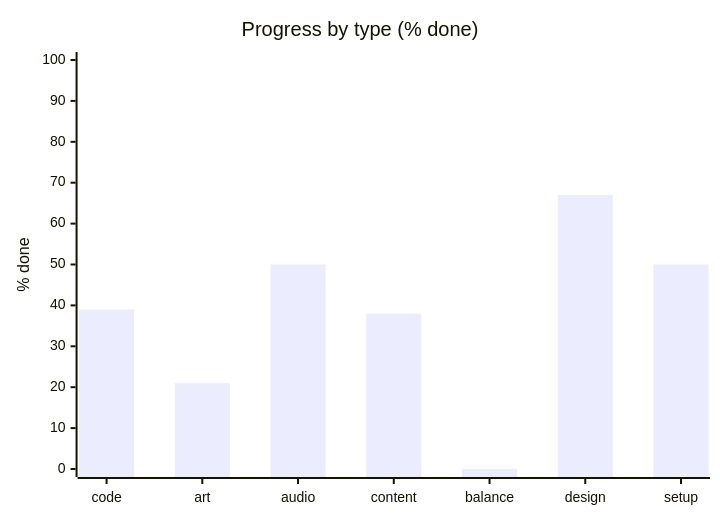
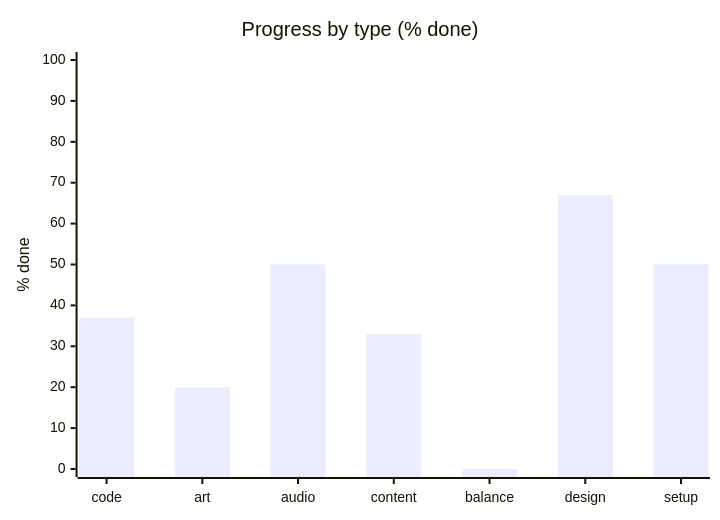
Before and after one commit to artemiiShabanov/RallyRivals: the second of 3 diagrams in STATUS.md, drawn with Mermaid. The commit also changed other lines of this file and 1 other file, not shown here.

````diff
--- a/STATUS.md
+++ b/STATUS.md
@@ -17,7 +17,7 @@
 ```mermaid
 xychart-beta
     title "Progress by type (% done)"
     x-axis ["code", "art", "audio", "content", "balance", "design", "setup"]
     y-axis "% done" 0 --> 100
-    bar [39, 21, 50, 38, 0, 67, 50]
+    bar [37, 20, 50, 33, 0, 67, 50]
 ```
````
